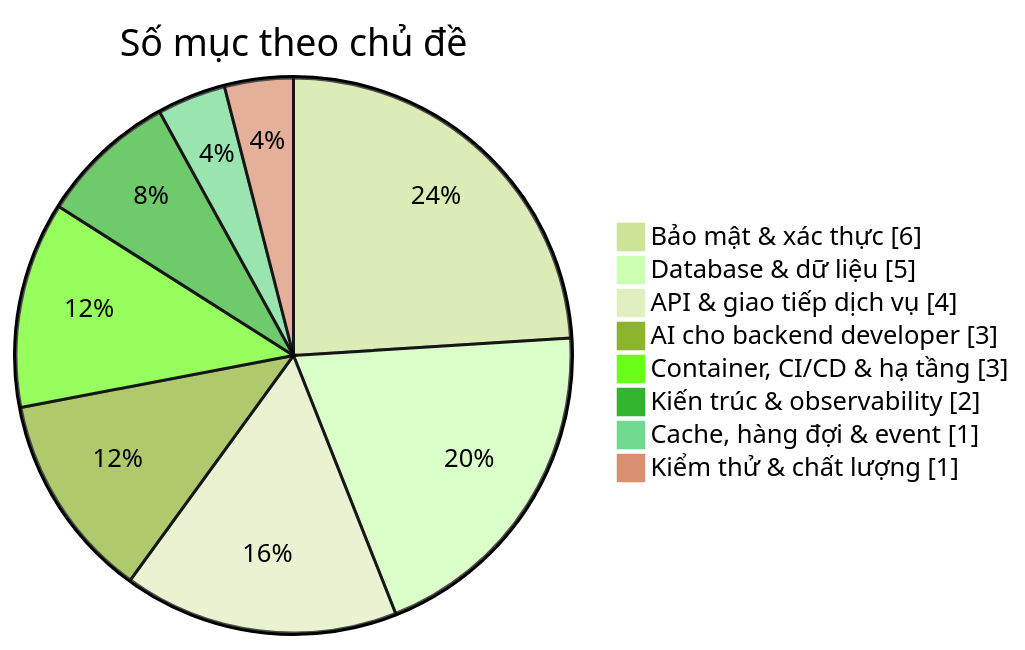
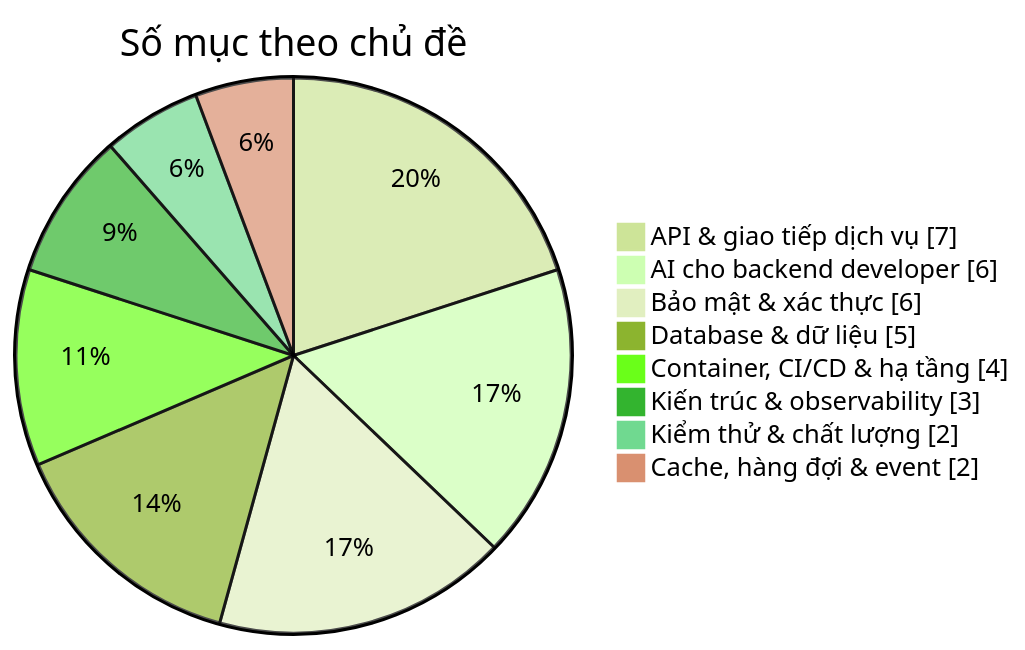
Before and after one commit to hoangan-bonieeror/bostu: the diagram in public/content/lessons/tech-radar-2026-11-19.vi.md, drawn with Mermaid (forest theme). The commit also changed other lines of this file and 5 other files, not shown here.

````diff
--- a/public/content/lessons/tech-radar-2026-11-19.vi.md
+++ b/public/content/lessons/tech-radar-2026-11-19.vi.md
@@ -10,12 +10,12 @@
 ```mermaid
 pie showData
     title Số mục theo chủ đề
+    "API & giao tiếp dịch vụ" : 7
+    "AI cho backend developer" : 6
     "Bảo mật & xác thực" : 6
     "Database & dữ liệu" : 5
-    "API & giao tiếp dịch vụ" : 4
-    "AI cho backend developer" : 3
-    "Container, CI/CD & hạ tầng" : 3
-    "Kiến trúc & observability" : 2
-    "Cache, hàng đợi & event" : 1
-    "Kiểm thử & chất lượng" : 1
+    "Container, CI/CD & hạ tầng" : 4
+    "Kiến trúc & observability" : 3
+    "Kiểm thử & chất lượng" : 2
+    "Cache, hàng đợi & event" : 2
 ```
````
